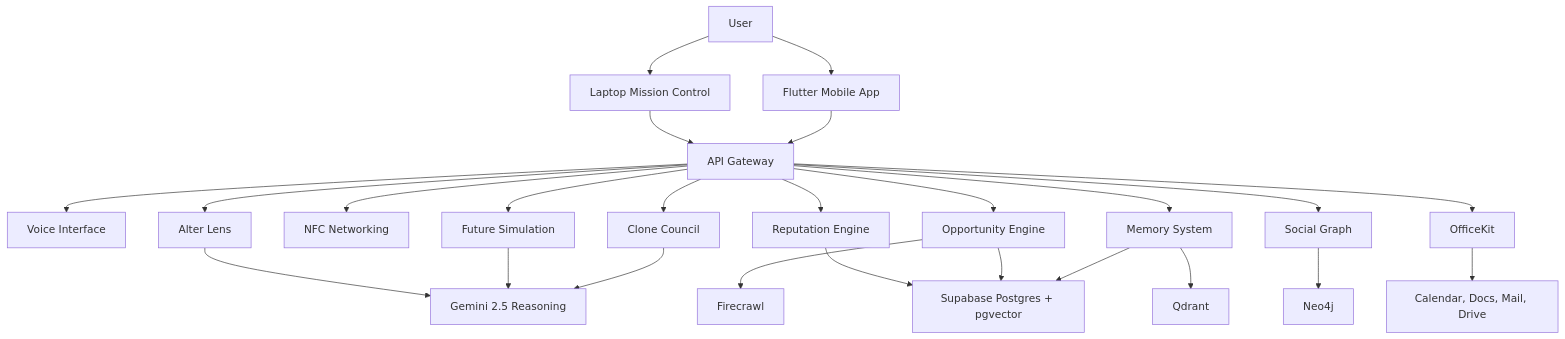
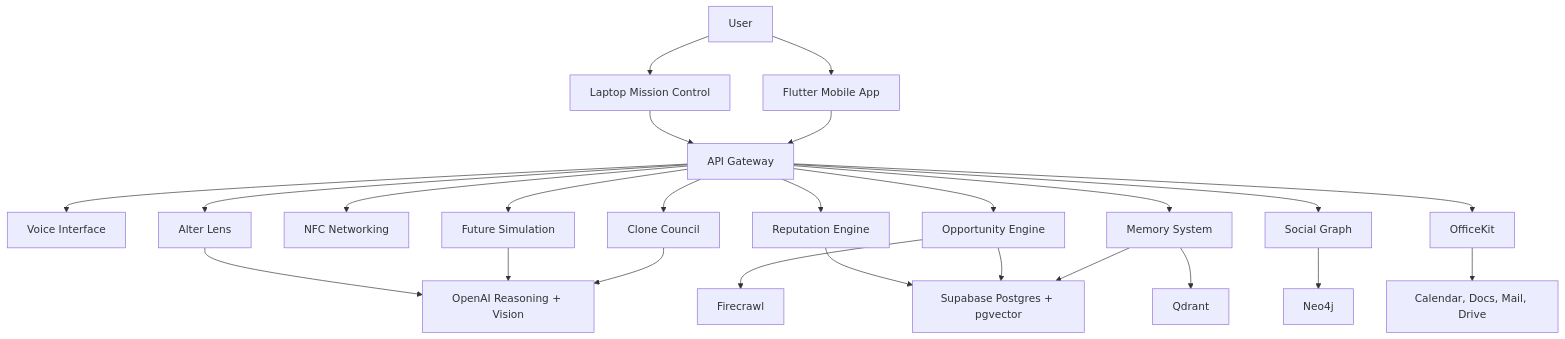
Before and after one commit to Induj1/alterAI: the first of 16 diagrams in docs/alter_unicorn_launch_blueprint.md, drawn with Mermaid. The commit also changed other lines of this file and 24 other files, not shown here.

````diff
--- a/docs/alter_unicorn_launch_blueprint.md
+++ b/docs/alter_unicorn_launch_blueprint.md
@@ -60,27 +60,27 @@
 ```mermaid
 flowchart TD
   U["User"] --> M["Flutter Mobile App"]
   U --> W["Laptop Mission Control"]
   M --> API["API Gateway"]
   W --> API
   API --> VOICE["Voice Interface"]
   API --> LENS["Alter Lens"]
   API --> NFC["NFC Networking"]
   API --> COUNCIL["Clone Council"]
   API --> FUTURE["Future Simulation"]
   API --> OPP["Opportunity Engine"]
   API --> MEMORY["Memory System"]
   API --> SOCIAL["Social Graph"]
   API --> REP["Reputation Engine"]
   API --> OFFICE["OfficeKit"]
-  COUNCIL --> GEMINI["Gemini 2.5 Reasoning"]
-  FUTURE --> GEMINI
-  LENS --> GEMINI
+  COUNCIL --> OPENAI["OpenAI Reasoning + Vision"]
+  FUTURE --> OPENAI
+  LENS --> OPENAI
   MEMORY --> PG["Supabase Postgres + pgvector"]
   MEMORY --> QD["Qdrant"]
   SOCIAL --> NEO["Neo4j"]
   OPP --> FIRE["Firecrawl"]
   OPP --> PG
   REP --> PG
   OFFICE --> CAL["Calendar, Docs, Mail, Drive"]
 ```
````
